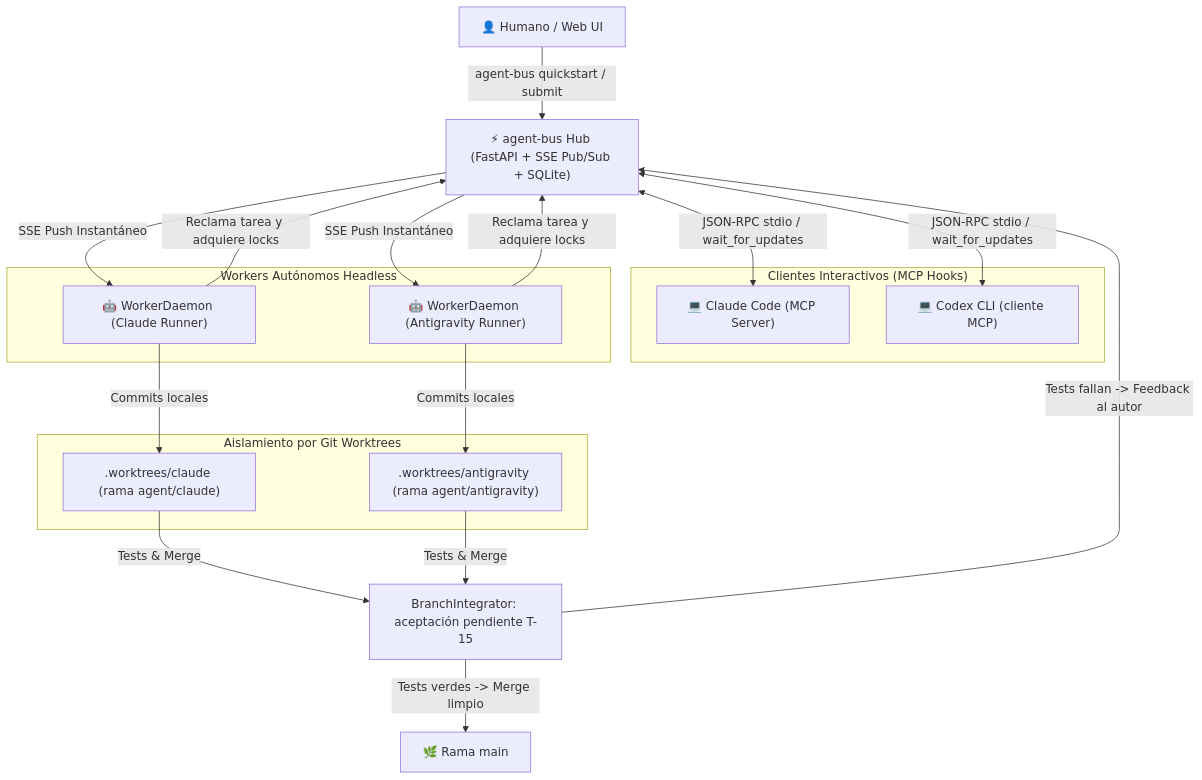
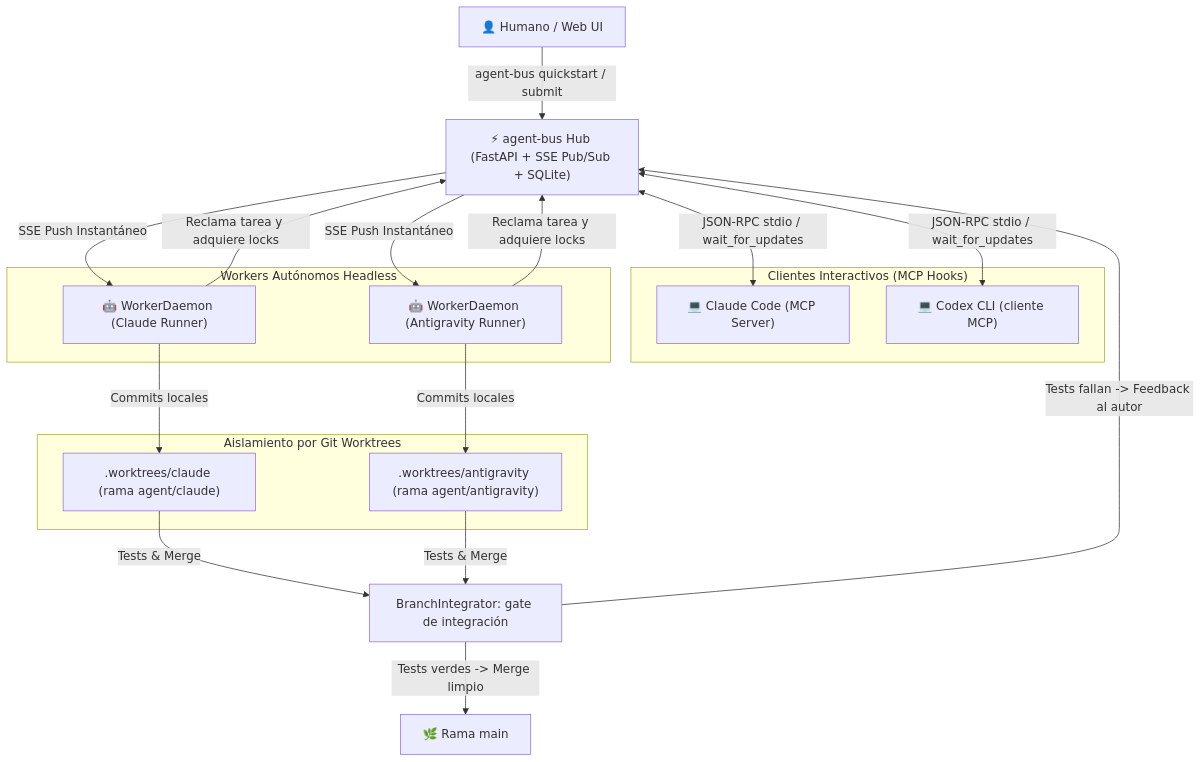
One commit to yasmanycastillo/agent-bus changed the diagram in README.md. Above: the diagram before and after it, drawn with Mermaid. The commit also changed other lines of this file and 2 other files, not shown here.

Commit message:
docs: align product roadmap with implemented core

````diff
--- a/README.md
+++ b/README.md
@@ -21,37 +21,37 @@
 ```mermaid
 flowchart TD
     Human["👤 Humano / Web UI"] -->|"agent-bus quickstart / submit"| Bus["⚡ agent-bus Hub (FastAPI + SSE Pub/Sub + SQLite)"]
 
     subgraph "Clientes Interactivos (MCP Hooks)"
         MCP1["💻 Claude Code (MCP Server)"]
         MCP2["💻 Codex CLI (cliente MCP)"]
     end
 
     subgraph "Aislamiento por Git Worktrees"
         WT1[".worktrees/claude (rama agent/claude)"]
         WT2[".worktrees/antigravity (rama agent/antigravity)"]
     end
 
     subgraph "Workers Autónomos Headless"
         D1["🤖 WorkerDaemon (Claude Runner)"]
         D2["🤖 WorkerDaemon (Antigravity Runner)"]
     end
 
     Bus <-->|"JSON-RPC stdio / wait_for_updates"| MCP1
     Bus <-->|"JSON-RPC stdio / wait_for_updates"| MCP2
 
     Bus -->|"SSE Push Instantáneo"| D1
     Bus -->|"SSE Push Instantáneo"| D2
 
     D1 -->|"Reclama tarea y adquiere locks"| Bus
     D2 -->|"Reclama tarea y adquiere locks"| Bus
 
     D1 -->|"Commits locales"| WT1
     D2 -->|"Commits locales"| WT2
 
-    WT1 -->|"Tests & Merge"| Integrator["BranchIntegrator: aceptación pendiente T-15"]
+    WT1 -->|"Tests & Merge"| Integrator["BranchIntegrator: gate de integración"]
     WT2 -->|"Tests & Merge"| Integrator
 
     Integrator -->|"Tests verdes -> Merge limpio"| Main["🌿 Rama main"]
     Integrator -->|"Tests fallan -> Feedback al autor"| Bus
 ```
````
